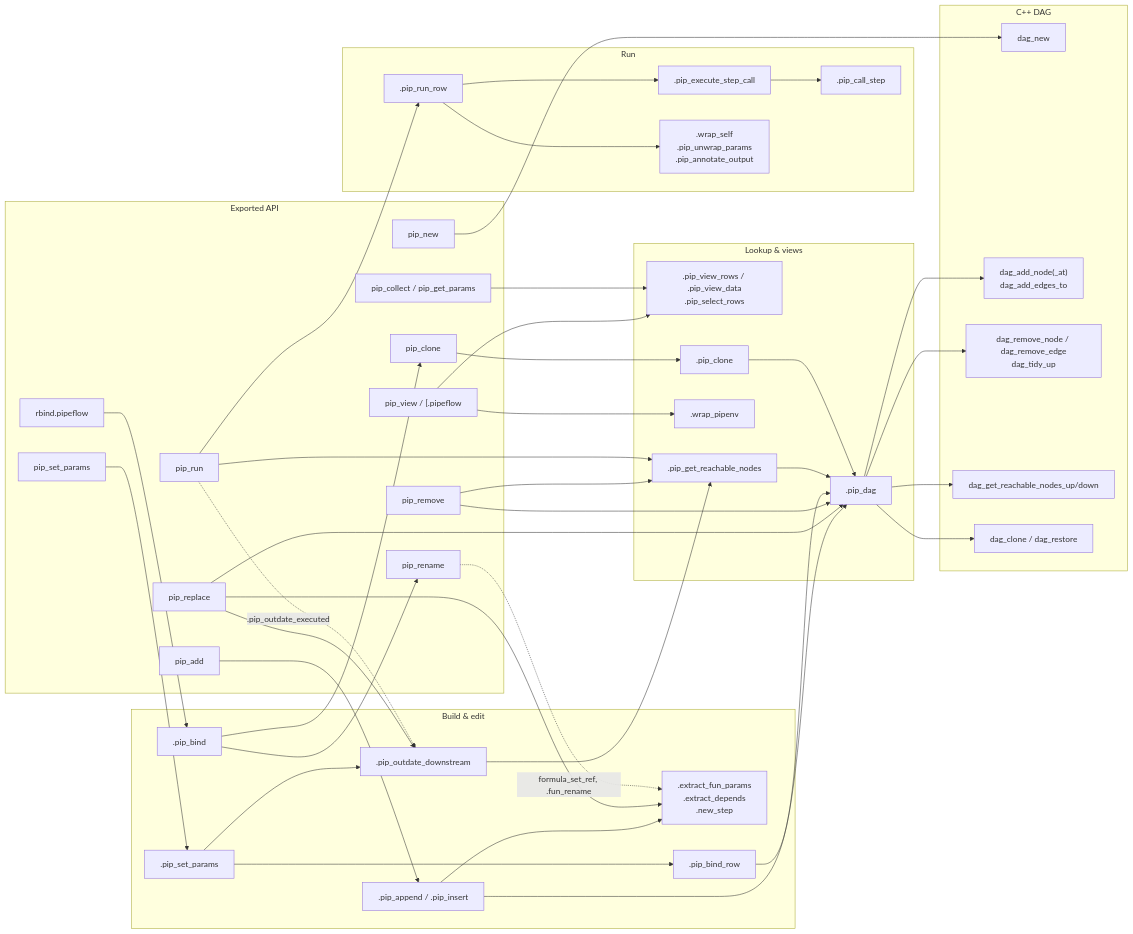
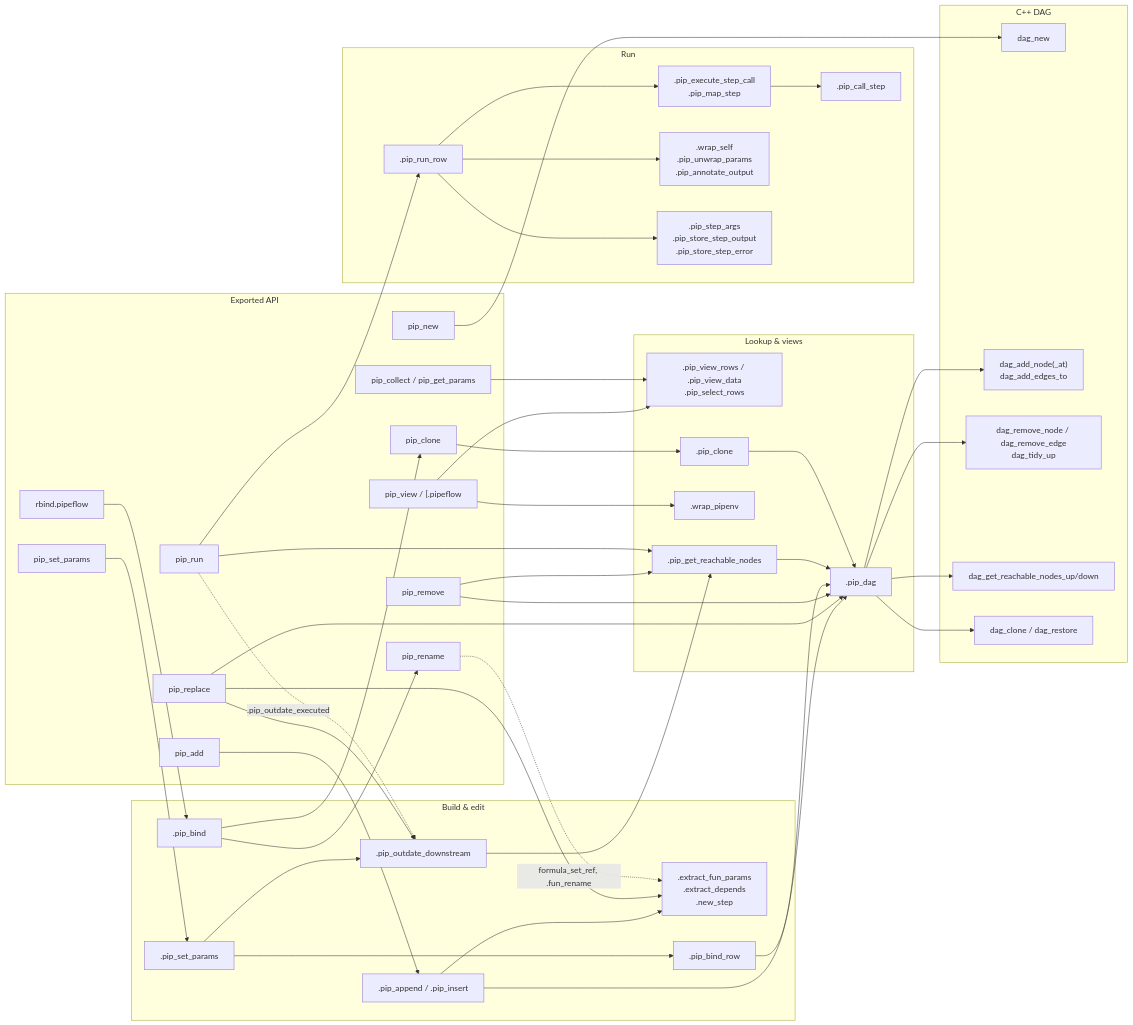
Before and after one commit to rpahl/pipeflow: the third of 8 diagrams in dev/pipeflow.md, drawn with Mermaid. The commit also changed other lines of this file and 3 other files, not shown here.

````diff
--- a/dev/pipeflow.md
+++ b/dev/pipeflow.md
@@ -215,74 +215,76 @@
 ```mermaid
 flowchart LR
     subgraph API["Exported API"]
         new["pip_new"]
         add["pip_add"]
         rep["pip_replace"]
         rem["pip_remove"]
         ren["pip_rename"]
         set["pip_set_params"]
         rbd["rbind.pipeflow"]
         run["pip_run"]
         view["pip_view / [.pipeflow"]
         cln["pip_clone"]
         get["pip_collect / pip_get_params"]
     end
 
     subgraph Build["Build & edit"]
         app[".pip_append / .pip_insert"]
         par[".extract_fun_params<br/>.extract_depends<br/>.new_step"]
         bnd[".pip_bind"]
         sp[".pip_set_params"]
         br[".pip_bind_row"]
         out[".pip_outdate_downstream"]
     end
 
     subgraph Run["Run"]
         rr[".pip_run_row"]
-        ex[".pip_execute_step_call"]
+        ex[".pip_execute_step_call<br/>.pip_map_step"]
         cs[".pip_call_step"]
         hooks[".wrap_self<br/>.pip_unwrap_params<br/>.pip_annotate_output"]
+        store[".pip_step_args<br/>.pip_store_step_output<br/>.pip_store_step_error"]
     end
 
     subgraph Access["Lookup & views"]
         vr[".pip_view_rows / .pip_view_data<br/>.pip_select_rows"]
         reach[".pip_get_reachable_nodes"]
         wrap[".wrap_pipenv"]
         pcl[".pip_clone"]
         dag[".pip_dag"]
     end
 
     subgraph Cpp["C++ DAG"]
         dnew["dag_new"]
         dadd["dag_add_node(_at)<br/>dag_add_edges_to"]
         drem["dag_remove_node / dag_remove_edge<br/>dag_tidy_up"]
         dreach["dag_get_reachable_nodes_up/down"]
         dcl["dag_clone / dag_restore"]
     end
 
     new --> dnew
     add --> app --> par
     app --> dag
     rep --> par
     rep --> out
     rep --> dag
     rem --> reach
     rem --> dag
     ren -. "formula_set_ref, .fun_rename" .-> par
     set --> sp --> br --> dag
     sp --> out --> reach --> dag
     rbd --> bnd --> cln
     bnd --> ren
     run --> rr --> ex --> cs
     rr --> hooks
+    rr --> store
     run --> reach
     run -. ".pip_outdate_executed" .-> out
     view --> vr
     view --> wrap
     cln --> pcl --> dag
     get --> vr
     dag --> dadd
     dag --> drem
     dag --> dreach
     dag --> dcl
 ```
````
